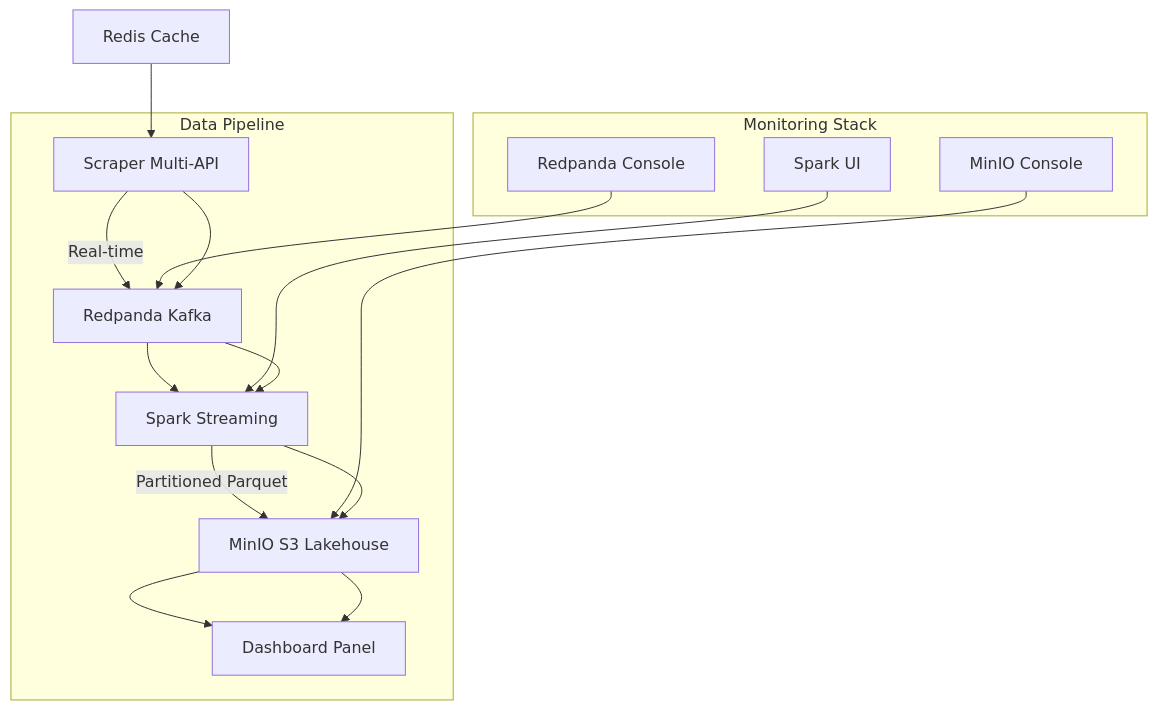
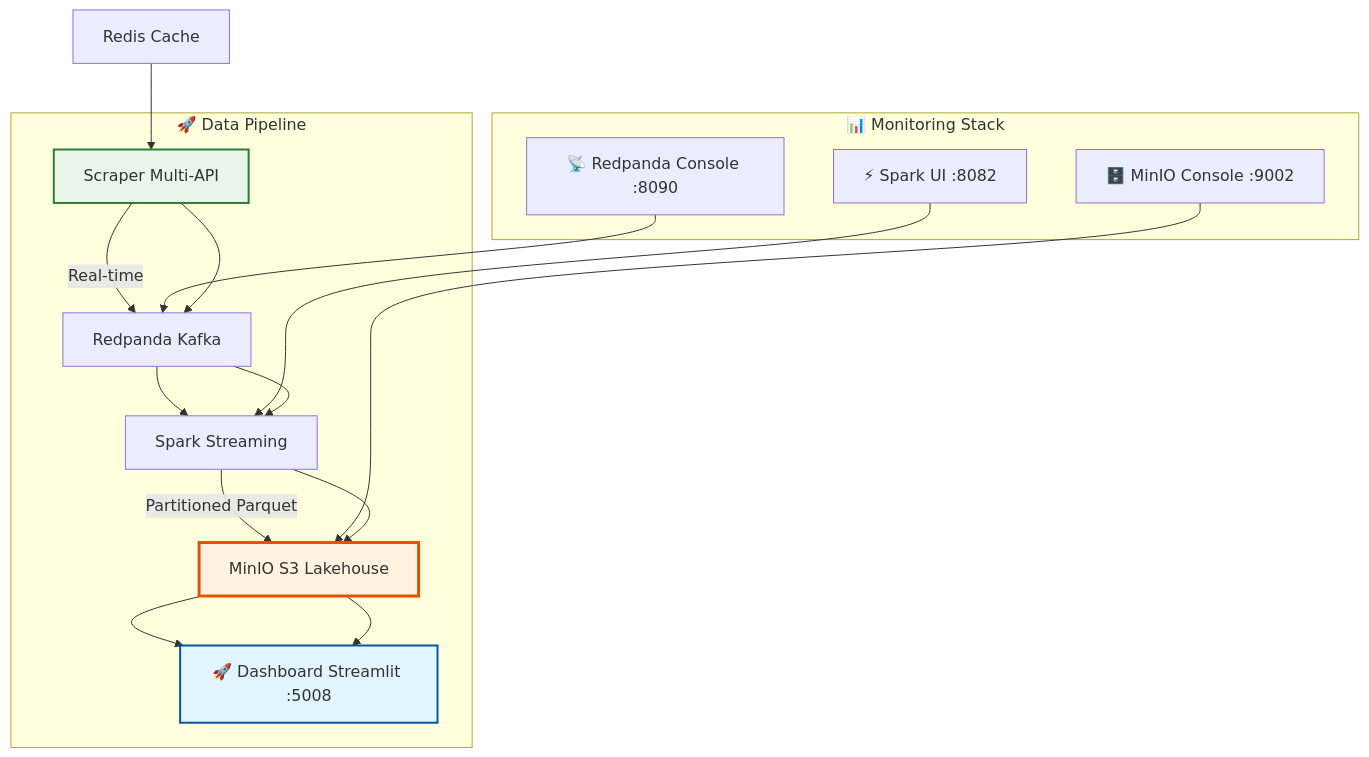
The diagram in README.md (guarneriAnthony/crypto-viz), drawn with Mermaid before and after one commit. The commit also changed other lines of this file and 43 other files, not shown here.

````diff
--- a/README.md
+++ b/README.md
@@ -29,22 +29,26 @@
 ```mermaid
 graph TB
     A[Scraper Multi-API] -->|Real-time| B[Redpanda Kafka]
     B --> C[Spark Streaming]
     C -->|Partitioned Parquet| D[MinIO S3 Lakehouse]
-    D --> E[Dashboard Panel]
+    D --> E[🚀 Dashboard Streamlit :5008]
     
     F[Redis Cache] --> A
-    G[Redpanda Console] --> B
-    H[Spark UI] --> C
-    I[MinIO Console] --> D
+    G[📡 Redpanda Console :8090] --> B
+    H[⚡ Spark UI :8082] --> C
+    I[🗄️ MinIO Console :9002] --> D
     
-    subgraph "Data Pipeline"
+    subgraph "🚀 Data Pipeline"
         A --> B --> C --> D --> E
     end
     
-    subgraph "Monitoring Stack"
+    subgraph "📊 Monitoring Stack"
         G
         H
         I
     end
+    
+    style E fill:#e1f5fe,stroke:#01579b,stroke-width:2px
+    style D fill:#fff3e0,stroke:#e65100,stroke-width:3px
+    style A fill:#e8f5e8,stroke:#2e7d32,stroke-width:2px
 ```
````
